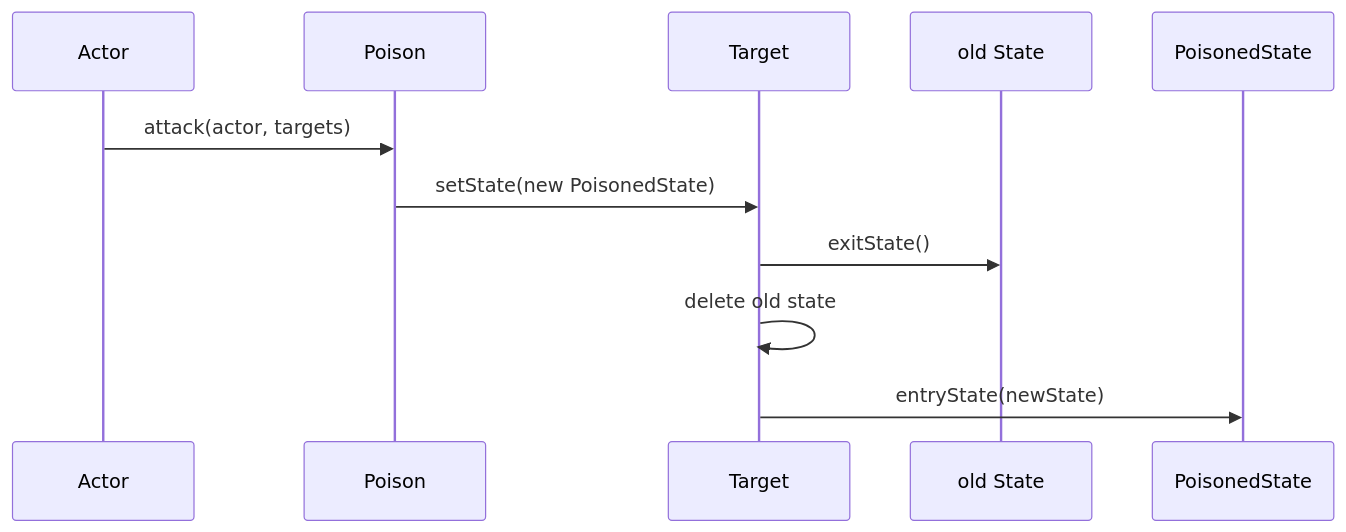
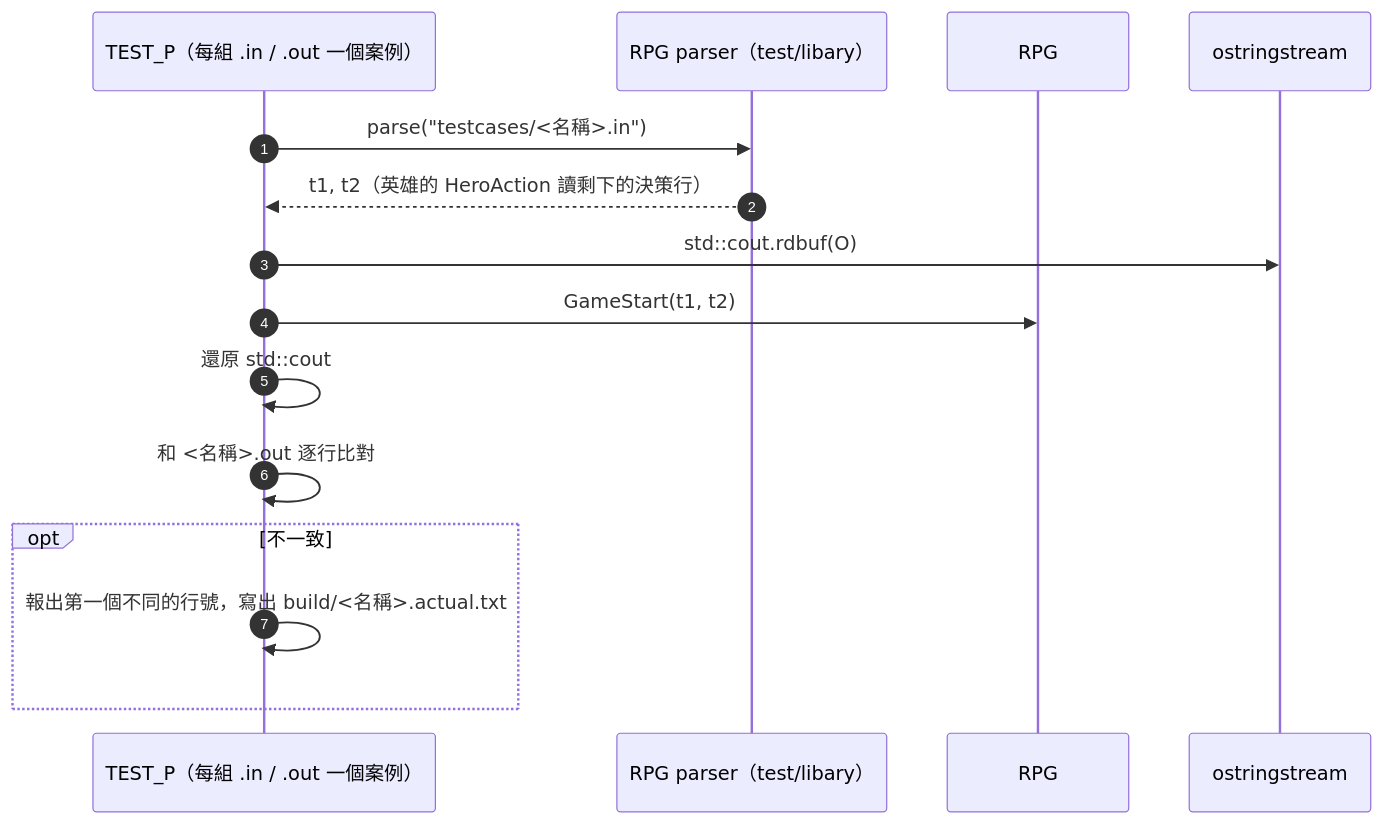
Before and after one commit to Chang-anthony/DesignPattern: the seventh of 7 diagrams in RPGGame/diagrams.md, drawn with Mermaid. The commit also changed other lines of this file and 2 other files, not shown here.

First line of the commit message:
docs(rpggame): finish design review A8-A11 and redraw diagrams

````diff
--- a/RPGGame/diagrams.md
+++ b/RPGGame/diagrams.md
@@ -230,14 +418,18 @@
 ```mermaid
 sequenceDiagram
-    participant A as Actor
-    participant P as Poison
-    participant T as Target
-    participant Old as old State
-    participant New as PoisonedState
+    autonumber
+    participant T as TEST_P（每組 .in / .out 一個案例）
+    participant P as RPG parser（test/libary）
+    participant G as RPG
+    participant O as ostringstream
 
-    A->>P: attack(actor, targets)
-    P->>T: setState(new PoisonedState)
-    T->>Old: exitState()
-    T->>T: delete old state
-    T->>New: entryState(newState)
+    T->>P: parse("testcases/<名稱>.in")
+    P-->>T: t1, t2（英雄的 HeroAction 讀剩下的決策行）
+    T->>O: std::cout.rdbuf(O)
+    T->>G: GameStart(t1, t2)
+    T->>T: 還原 std::cout
+    T->>T: 和 <名稱>.out 逐行比對
+    opt 不一致
+        T->>T: 報出第一個不同的行號，寫出 build/<名稱>.actual.txt
+    end
 ```
````
